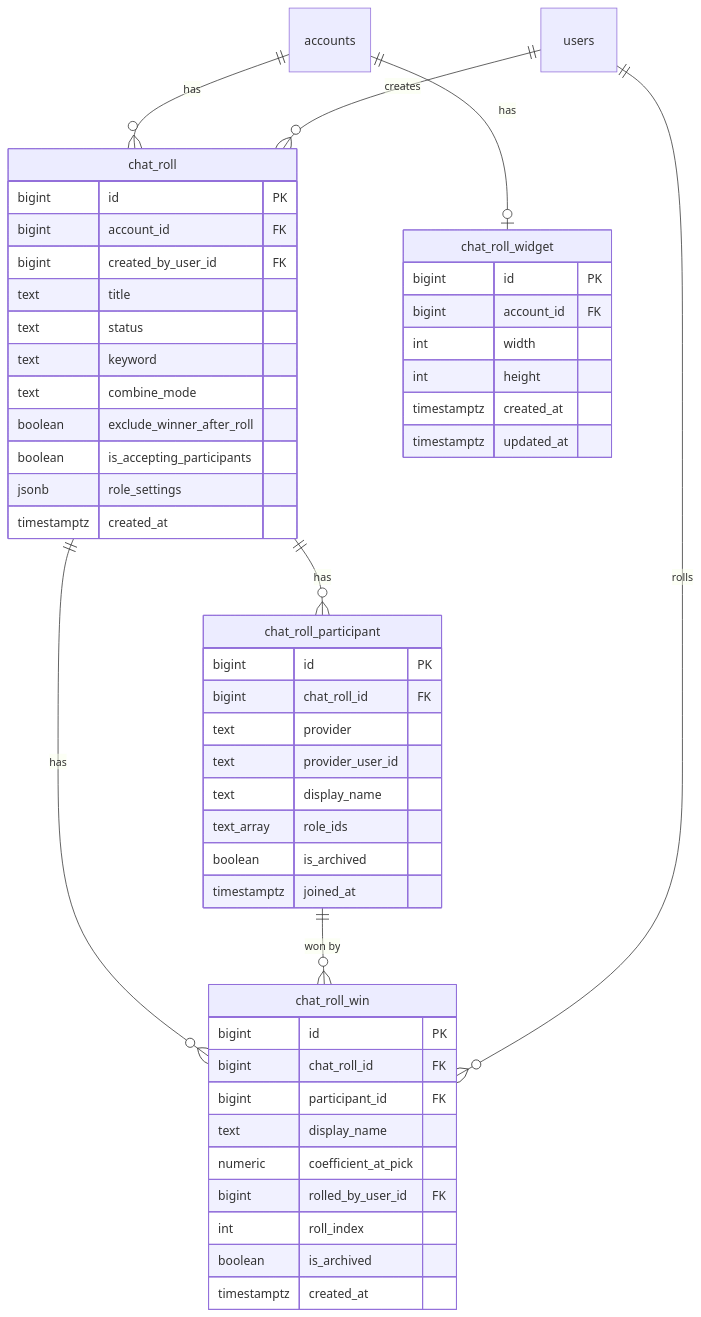
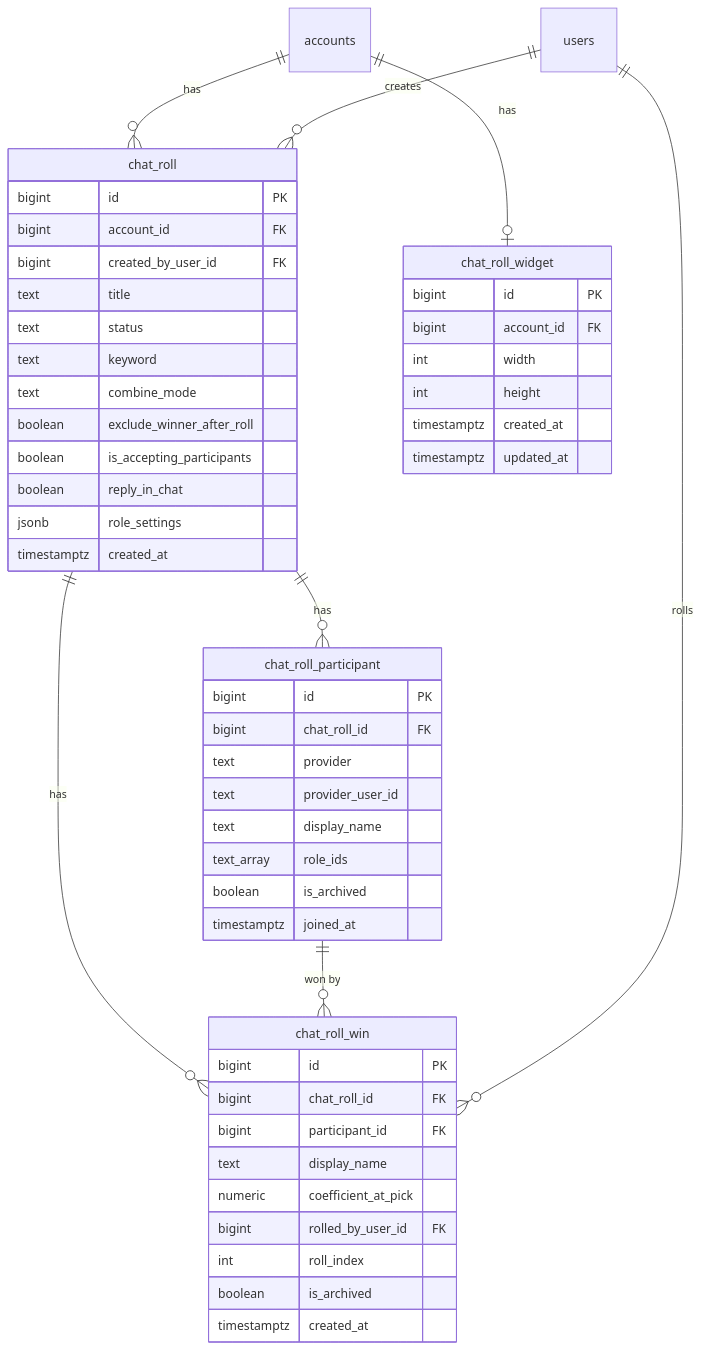
Before and after one commit to tflonbusiness/streamhelper: the diagram in _bmad-output/specs/spec-chat-roll/database-schema.md, drawn with Mermaid. The commit also changed other lines of this file and 27 other files, not shown here.

````diff
--- a/_bmad-output/specs/spec-chat-roll/database-schema.md
+++ b/_bmad-output/specs/spec-chat-roll/database-schema.md
@@ -7,56 +7,57 @@
 ```mermaid
 erDiagram
   accounts ||--o{ chat_roll : has
   accounts ||--o| chat_roll_widget : has
   users ||--o{ chat_roll : creates
   chat_roll ||--o{ chat_roll_participant : has
   chat_roll ||--o{ chat_roll_win : has
   chat_roll_participant ||--o{ chat_roll_win : "won by"
   users ||--o{ chat_roll_win : rolls
 
   chat_roll {
     bigint id PK
     bigint account_id FK
     bigint created_by_user_id FK
     text title
     text status
     text keyword
     text combine_mode
     boolean exclude_winner_after_roll
     boolean is_accepting_participants
+    boolean reply_in_chat
     jsonb role_settings
     timestamptz created_at
   }
 
   chat_roll_participant {
     bigint id PK
     bigint chat_roll_id FK
     text provider
     text provider_user_id
     text display_name
     text_array role_ids
     boolean is_archived
     timestamptz joined_at
   }
 
   chat_roll_win {
     bigint id PK
     bigint chat_roll_id FK
     bigint participant_id FK
     text display_name
     numeric coefficient_at_pick
     bigint rolled_by_user_id FK
     int roll_index
     boolean is_archived
     timestamptz created_at
   }
 
   chat_roll_widget {
     bigint id PK
     bigint account_id FK
     int width
     int height
     timestamptz created_at
     timestamptz updated_at
   }
 ```
````
